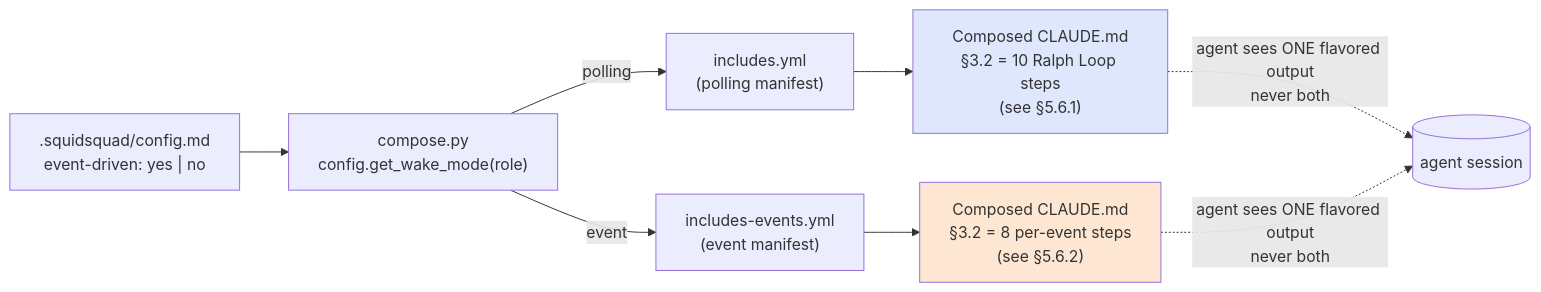
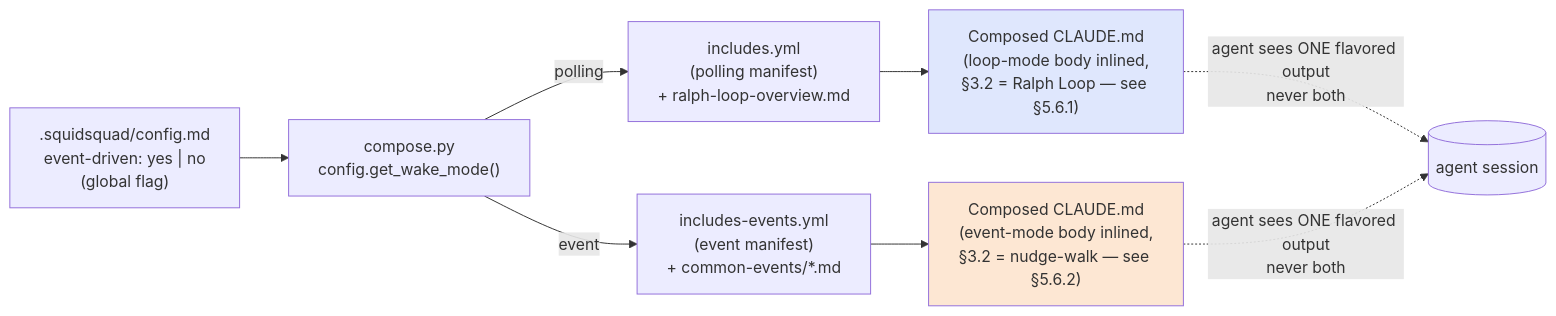
Before and after one commit to WallyDoodlez/SquidSquad: the sixth of 8 diagrams in docs/COMPOSE-ARCHITECTURE.md, drawn with Mermaid. The commit also changed other lines of this file and 2 other files, not shown here.

````diff
--- a/docs/COMPOSE-ARCHITECTURE.md
+++ b/docs/COMPOSE-ARCHITECTURE.md
@@ -624,12 +631,12 @@
 ```mermaid
 flowchart LR
-  Cfg[".squidsquad/config.md<br/>event-driven: yes | no"] --> Reader["compose.py<br/>config.get_wake_mode(role)"]
-  Reader -->|polling| MP["includes.yml<br/>(polling manifest)"]
-  Reader -->|event| ME["includes-events.yml<br/>(event manifest)"]
-  MP --> RP["Composed CLAUDE.md<br/>§3.2 = 10 Ralph Loop steps<br/>(see §5.6.1)"]
-  ME --> RE["Composed CLAUDE.md<br/>§3.2 = 8 per-event steps<br/>(see §5.6.2)"]
+  Cfg[".squidsquad/config.md<br/>event-driven: yes | no<br/>(global flag)"] --> Reader["compose.py<br/>config.get_wake_mode()"]
+  Reader -->|polling| MP["includes.yml<br/>(polling manifest)<br/>+ ralph-loop-overview.md"]
+  Reader -->|event| ME["includes-events.yml<br/>(event manifest)<br/>+ common-events/*.md"]
+  MP --> RP["Composed CLAUDE.md<br/>(loop-mode body inlined,<br/>§3.2 = Ralph Loop — see §5.6.1)"]
+  ME --> RE["Composed CLAUDE.md<br/>(event-mode body inlined,<br/>§3.2 = nudge-walk — see §5.6.2)"]
   RP -.->|"agent sees ONE flavored output<br/>never both"| Agent[("agent session")]
   RE -.->|"agent sees ONE flavored output<br/>never both"| Agent
   style RP fill:#dfe7fd
   style RE fill:#fde7d3
 ```
````
